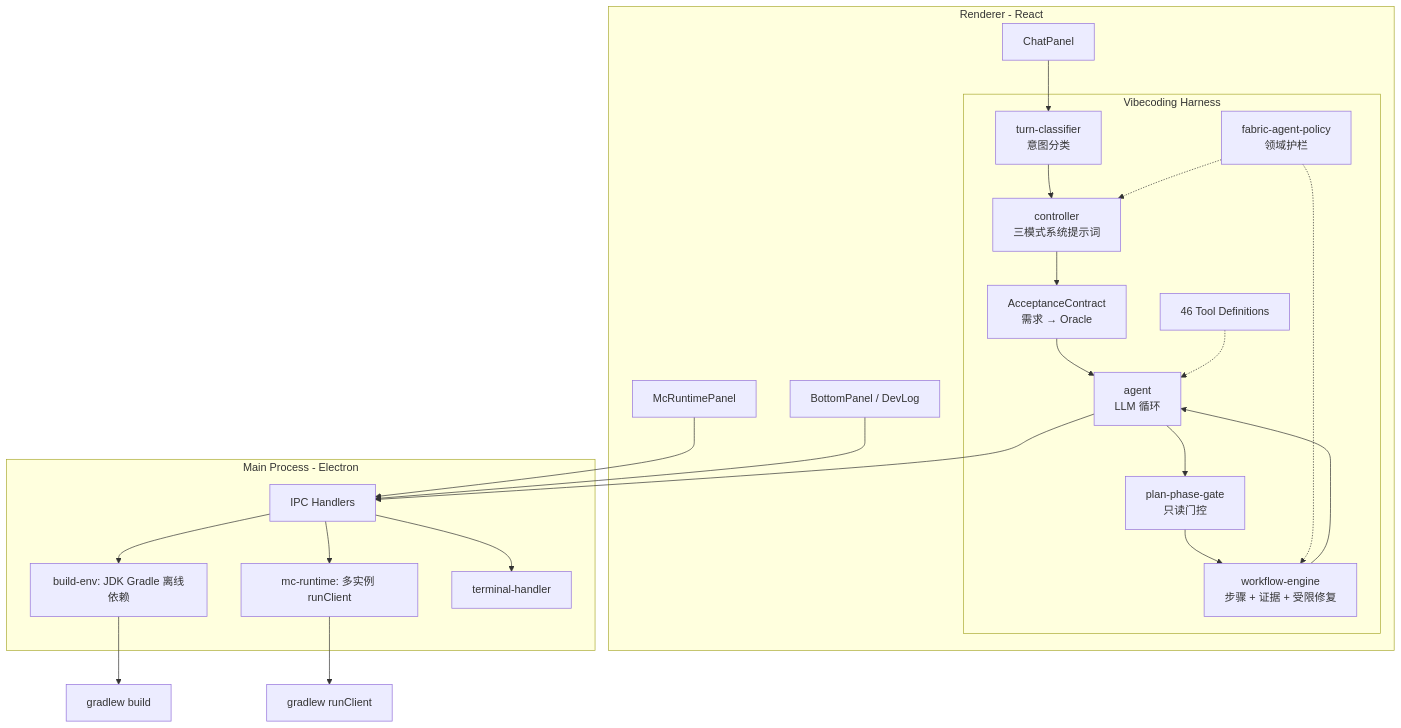
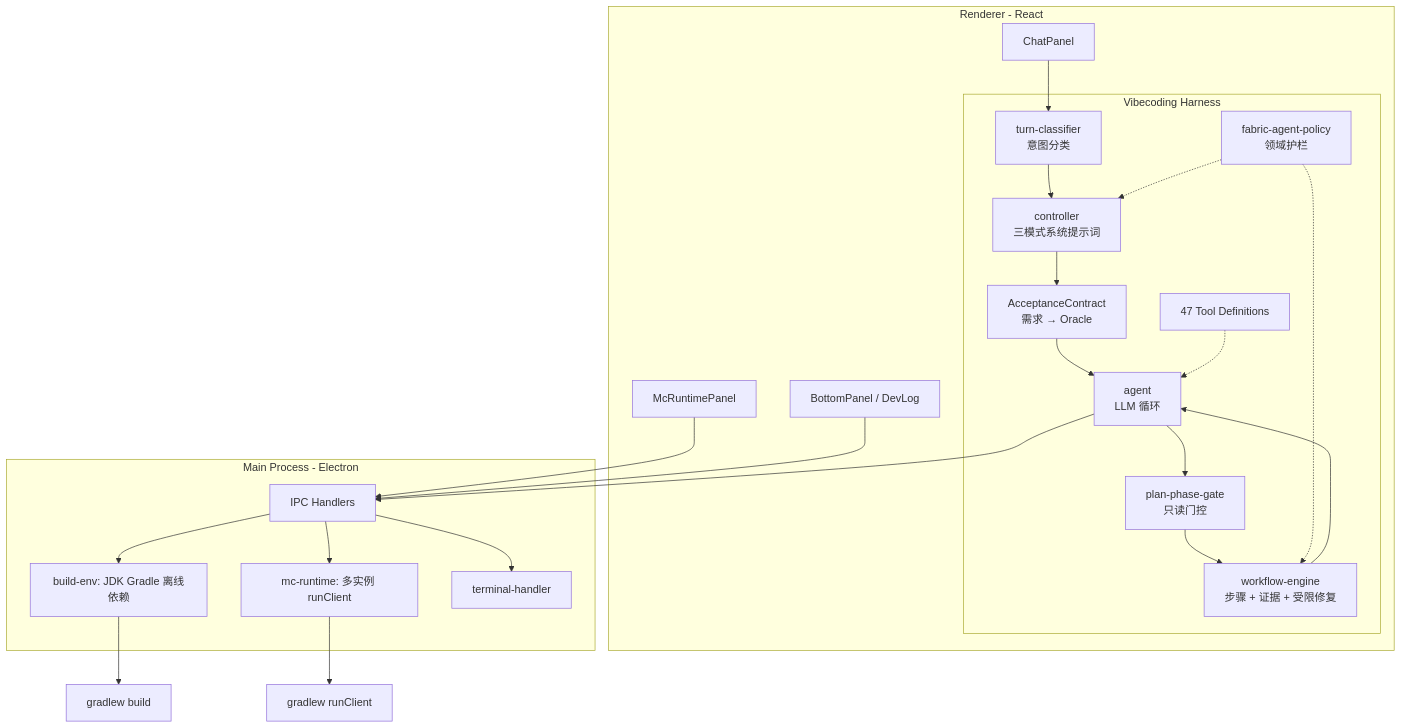
One commit to newstarbar/ModCrafting changed the diagram in README.md. Above: the diagram before and after it, drawn with Mermaid. The commit also changed other lines of this file and 147 other files, not shown here.

````diff
--- a/README.md
+++ b/README.md
@@ -127,42 +127,42 @@
 ```mermaid
 flowchart TB
   subgraph ui [Renderer - React]
     Chat[ChatPanel]
     subgraph harness [Vibecoding Harness]
       Classifier[turn-classifier<br/>意图分类]
       Controller[controller<br/>三模式系统提示词]
       Agent[agent<br/>LLM 循环]
       PlanGate[plan-phase-gate<br/>只读门控]
       Contract[AcceptanceContract<br/>需求 → Oracle]
       Workflow[workflow-engine<br/>步骤 + 证据 + 受限修复]
       Policy[fabric-agent-policy<br/>领域护栏]
-      Tools[46 Tool Definitions]
+      Tools[47 Tool Definitions]
     end
     Chat --> Classifier
     Classifier --> Controller
     Controller --> Contract
     Contract --> Agent
     Agent --> PlanGate
     PlanGate --> Workflow
     Workflow --> Agent
     Policy -.-> Controller
     Policy -.-> Workflow
     Tools -.-> Agent
     Game[McRuntimePanel]
     Adv[BottomPanel / DevLog]
   end
   subgraph main [Main Process - Electron]
     IPC[IPC Handlers]
     BuildEnv[build-env: JDK Gradle 离线依赖]
     McRT[mc-runtime: 多实例 runClient]
     Term[terminal-handler]
   end
   Agent --> IPC
   Game --> IPC
   Adv --> IPC
   IPC --> BuildEnv
   IPC --> McRT
   IPC --> Term
   BuildEnv --> Gradle[gradlew build]
   McRT --> RunClient[gradlew runClient]
 ```
````
